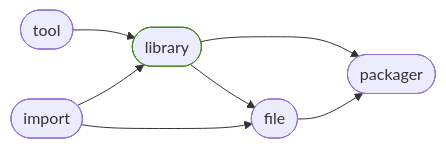
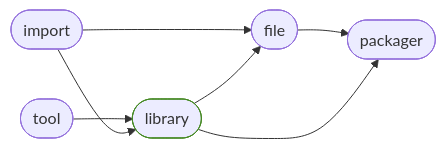
The diagram in README.md (ManderaGeneral/generallibrary), drawn with Mermaid before and after one commit. The commit also changed other lines of this file and 2 other files, not shown here.

````diff
--- a/README.md
+++ b/README.md
@@ -24,15 +24,15 @@
 ```mermaid
 flowchart LR
+0([import]) --> 3([file])
+3([file]) --> 4([packager])
 2([library]) --> 4([packager])
 2([library]) --> 3([file])
-0([import]) --> 3([file])
 1([tool]) --> 2([library])
-3([file]) --> 4([packager])
 0([import]) --> 2([library])
 click 0 "https://github.com/ManderaGeneral/generalimport"
 click 1 "https://github.com/ManderaGeneral/generaltool"
 click 2 "https://github.com/ManderaGeneral/generallibrary"
 click 3 "https://github.com/ManderaGeneral/generalfile"
 click 4 "https://github.com/ManderaGeneral/generalpackager"
 style 2 stroke:#482
 ```
````
